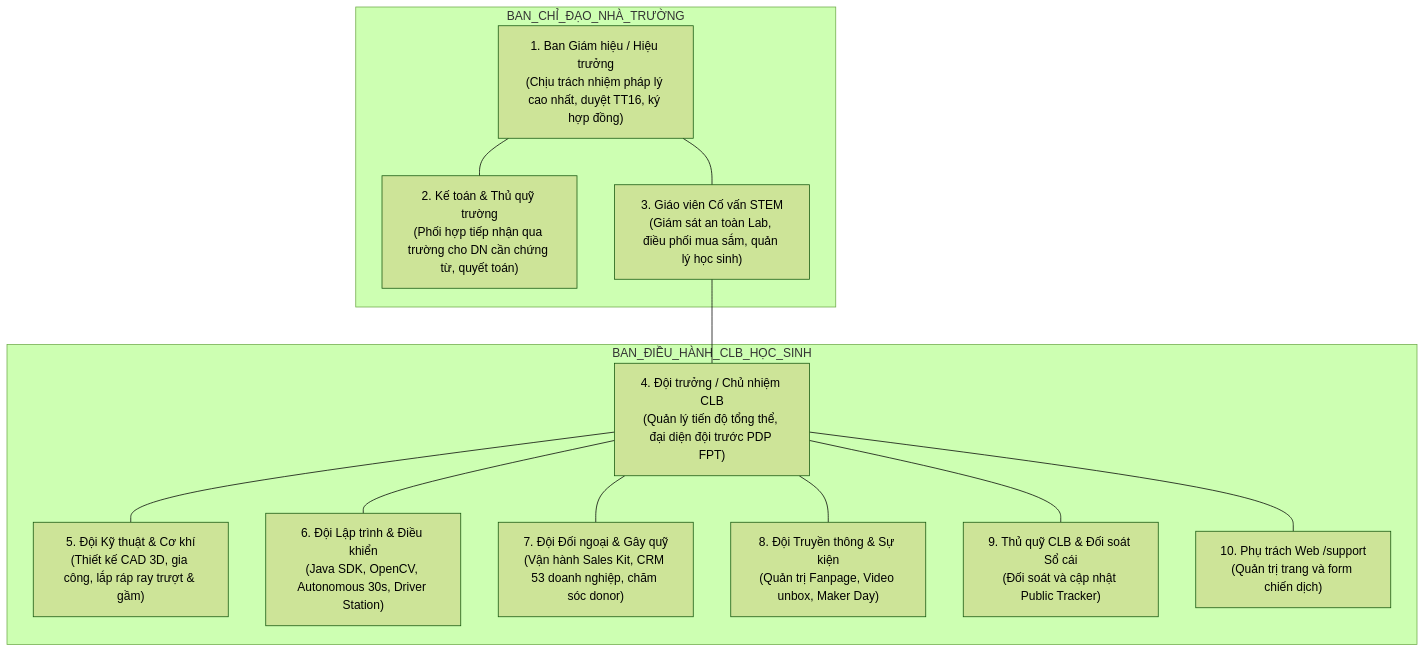
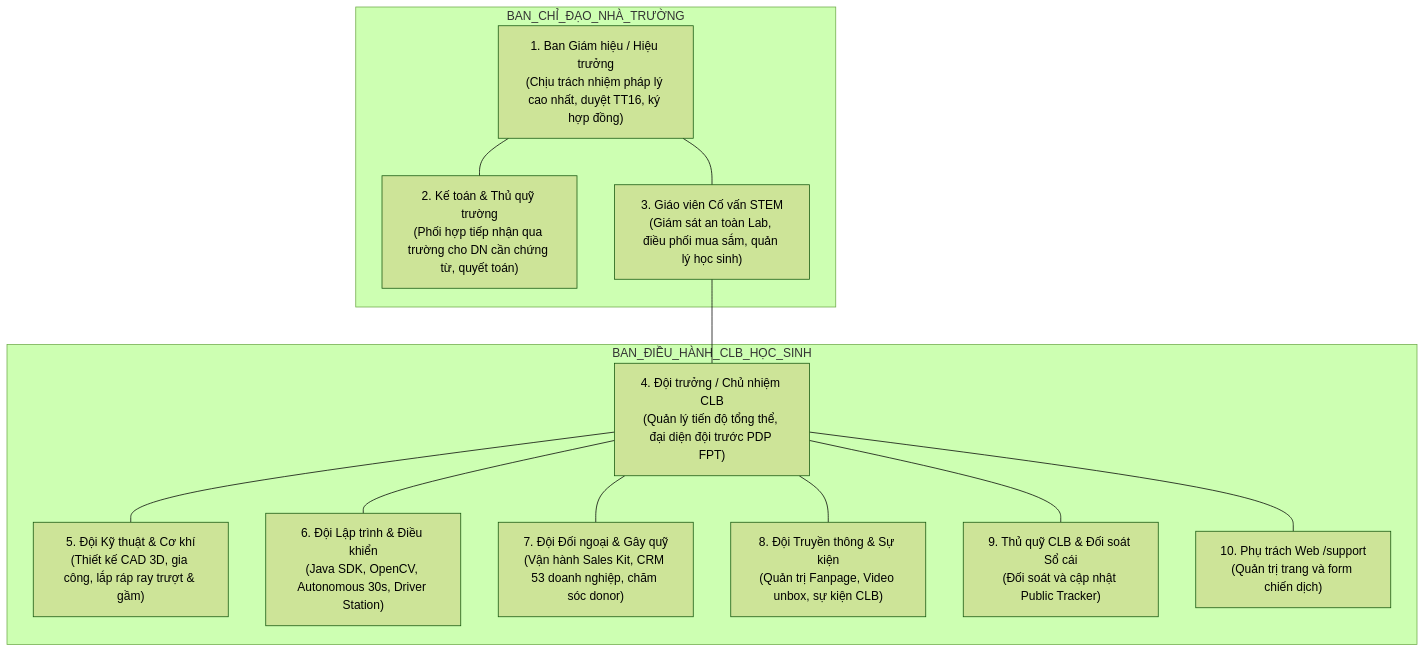
The second of 5 diagrams in docs/campaign-2026-2027/13-lo-trinh-phan-cong-kpi-rui-ro.md (Minhmice/roboticssocson), drawn with Mermaid (forest theme) before and after one commit. The commit also changed other lines of this file and 367 other files, not shown here.

````diff
--- a/docs/campaign-2026-2027/13-lo-trinh-phan-cong-kpi-rui-ro.md
+++ b/docs/campaign-2026-2027/13-lo-trinh-phan-cong-kpi-rui-ro.md
@@ -61,26 +58,26 @@
 ```mermaid
 graph TD
     subgraph BAN_CHỈ_ĐẠO_NHÀ_TRƯỜNG
         H1["1. Ban Giám hiệu / Hiệu trưởng<br>(Chịu trách nhiệm pháp lý cao nhất, duyệt TT16, ký hợp đồng)"]
         H2["2. Kế toán & Thủ quỹ trường<br>(Phối hợp tiếp nhận qua trường cho DN cần chứng từ, quyết toán)"]
         H3["3. Giáo viên Cố vấn STEM<br>(Giám sát an toàn Lab, điều phối mua sắm, quản lý học sinh)"]
     end
     subgraph BAN_ĐIỀU_HÀNH_CLB_HỌC_SINH
         S1["4. Đội trưởng / Chủ nhiệm CLB<br>(Quản lý tiến độ tổng thể, đại diện đội trước PDP FPT)"]
         S2["5. Đội Kỹ thuật & Cơ khí<br>(Thiết kế CAD 3D, gia công, lắp ráp ray trượt & gầm)"]
         S3["6. Đội Lập trình & Điều khiển<br>(Java SDK, OpenCV, Autonomous 30s, Driver Station)"]
         S4["7. Đội Đối ngoại & Gây quỹ<br>(Vận hành Sales Kit, CRM 53 doanh nghiệp, chăm sóc donor)"]
-        S5["8. Đội Truyền thông & Sự kiện<br>(Quản trị Fanpage, Video unbox, Maker Day)"]
+        S5["8. Đội Truyền thông & Sự kiện<br>(Quản trị Fanpage, Video unbox, sự kiện CLB)"]
         S6["9. Thủ quỹ CLB & Đối soát Sổ cái<br>(Đối soát và cập nhật Public Tracker)"]
         S7["10. Phụ trách Web /support<br>(Quản trị trang và form chiến dịch)"]
     end
     H1 --- H2
     H1 --- H3
     H3 --- S1
     S1 --- S2
     S1 --- S3
     S1 --- S4
     S1 --- S5
     S1 --- S6
     S1 --- S7
 ```
````
